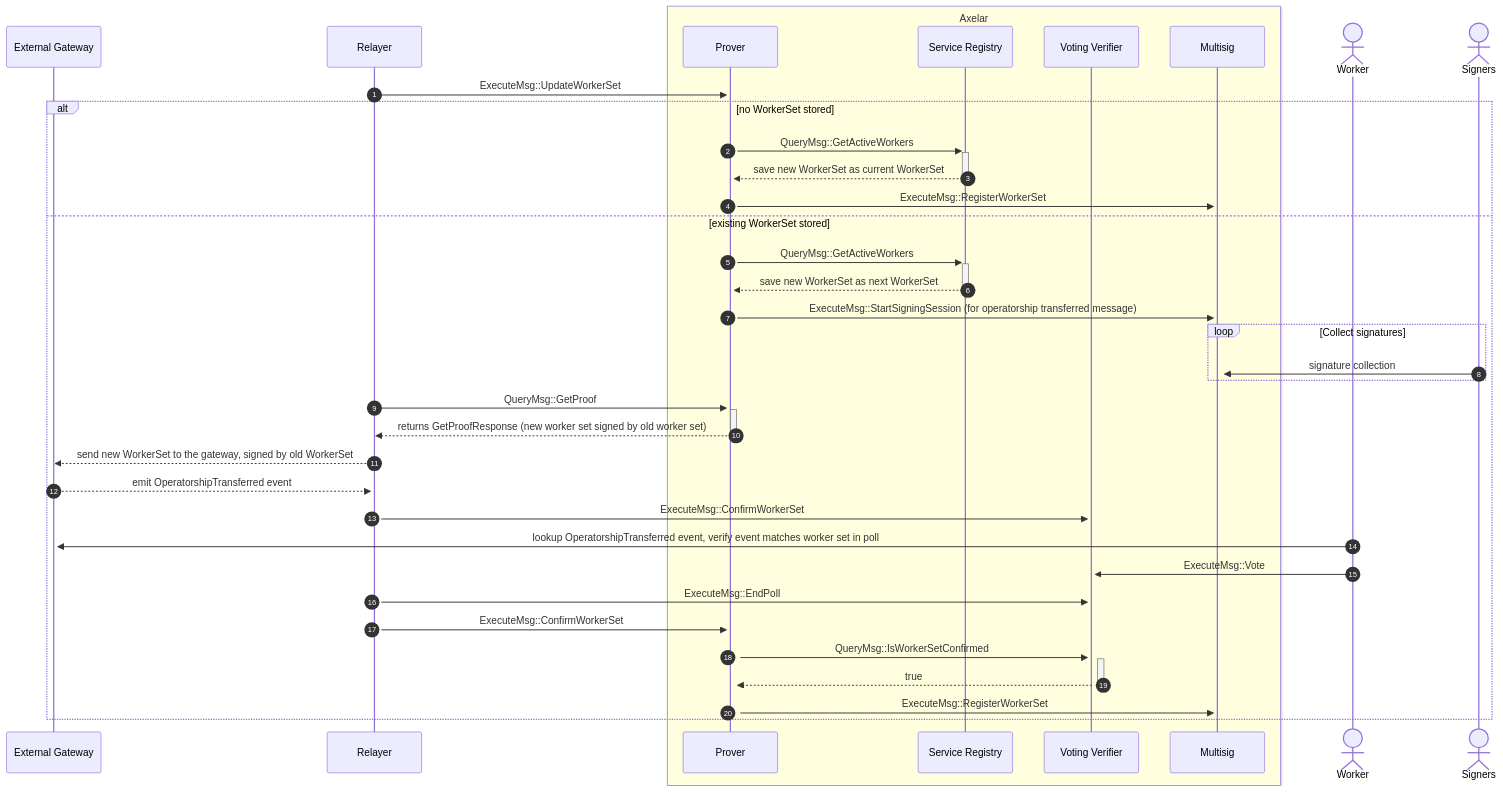
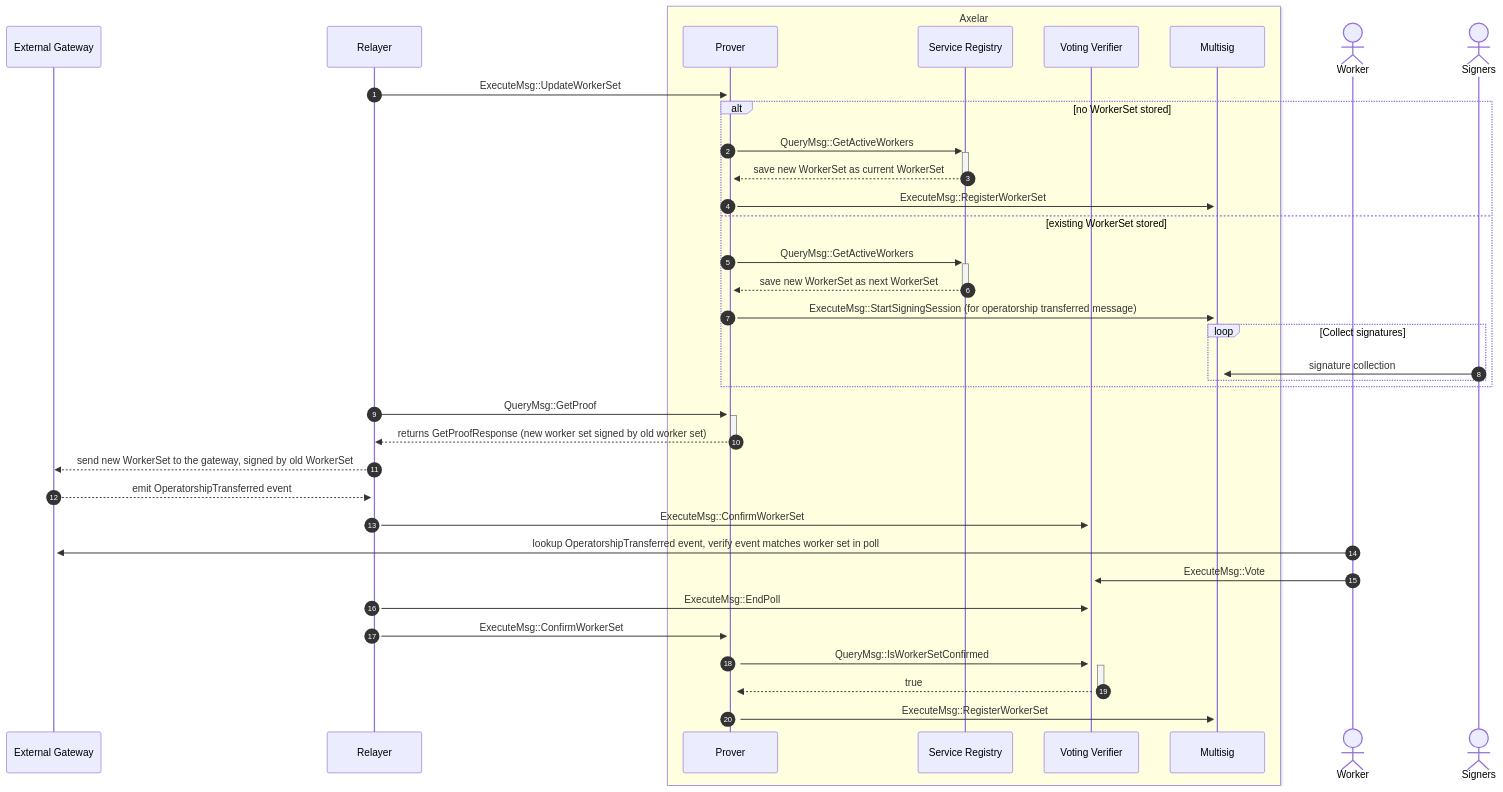
Before and after one commit to axelarnetwork/axelar-amplifier: the fourth of 4 diagrams in doc/src/contracts/multisig_prover.md, drawn with Mermaid.

Commit message:
update docs for updating worker set

````diff
--- a/doc/src/contracts/multisig_prover.md
+++ b/doc/src/contracts/multisig_prover.md
@@ -152,39 +152,39 @@
 ```mermaid
 sequenceDiagram
 autonumber
 participant External Gateway
 participant Relayer
 box LightYellow Axelar
 participant Prover
 participant Service Registry
 participant Voting Verifier
 participant Multisig
 end
 actor Worker
 actor Signers
 Relayer->>+Prover: ExecuteMsg::UpdateWorkerSet
 alt no WorkerSet stored
   Prover->>+Service Registry: QueryMsg::GetActiveWorkers
   Service Registry-->>-Prover: save new WorkerSet as current WorkerSet
   Prover->>+Multisig: ExecuteMsg::RegisterWorkerSet
 else existing WorkerSet stored
   Prover->>+Service Registry: QueryMsg::GetActiveWorkers
   Service Registry-->>-Prover: save new WorkerSet as next WorkerSet
   Prover->>+Multisig: ExecuteMsg::StartSigningSession (for operatorship transferred message)
   loop Collect signatures
 	  Signers->>+Multisig: signature collection
   end
-  Relayer->>+Prover: QueryMsg::GetProof
-  Prover-->>-Relayer: returns GetProofResponse (new worker set signed by old worker set)
-  Relayer-->>External Gateway: send new WorkerSet to the gateway, signed by old WorkerSet
-  External Gateway-->>+Relayer: emit OperatorshipTransferred event
-  Relayer->>+Voting Verifier: ExecuteMsg::ConfirmWorkerSet
-  Worker->>+External Gateway: lookup OperatorshipTransferred event, verify event matches worker set in poll
-  Worker->>+Voting Verifier: ExecuteMsg::Vote
-  Relayer->>+Voting Verifier: ExecuteMsg::EndPoll
-  Relayer->>+Prover: ExecuteMsg::ConfirmWorkerSet
-  Prover->>+Voting Verifier: QueryMsg::IsWorkerSetConfirmed
-  Voting Verifier-->>-Prover: true
-  Prover->>+Multisig: ExecuteMsg::RegisterWorkerSet
 end
+Relayer->>+Prover: QueryMsg::GetProof
+Prover-->>-Relayer: returns GetProofResponse (new worker set signed by old worker set)
+Relayer-->>External Gateway: send new WorkerSet to the gateway, signed by old WorkerSet
+External Gateway-->>+Relayer: emit OperatorshipTransferred event
+Relayer->>+Voting Verifier: ExecuteMsg::ConfirmWorkerSet
+Worker->>+External Gateway: lookup OperatorshipTransferred event, verify event matches worker set in poll
+Worker->>+Voting Verifier: ExecuteMsg::Vote
+Relayer->>+Voting Verifier: ExecuteMsg::EndPoll
+Relayer->>+Prover: ExecuteMsg::ConfirmWorkerSet
+Prover->>+Voting Verifier: QueryMsg::IsWorkerSetConfirmed
+Voting Verifier-->>-Prover: true
+Prover->>+Multisig: ExecuteMsg::RegisterWorkerSet
 ```
````
